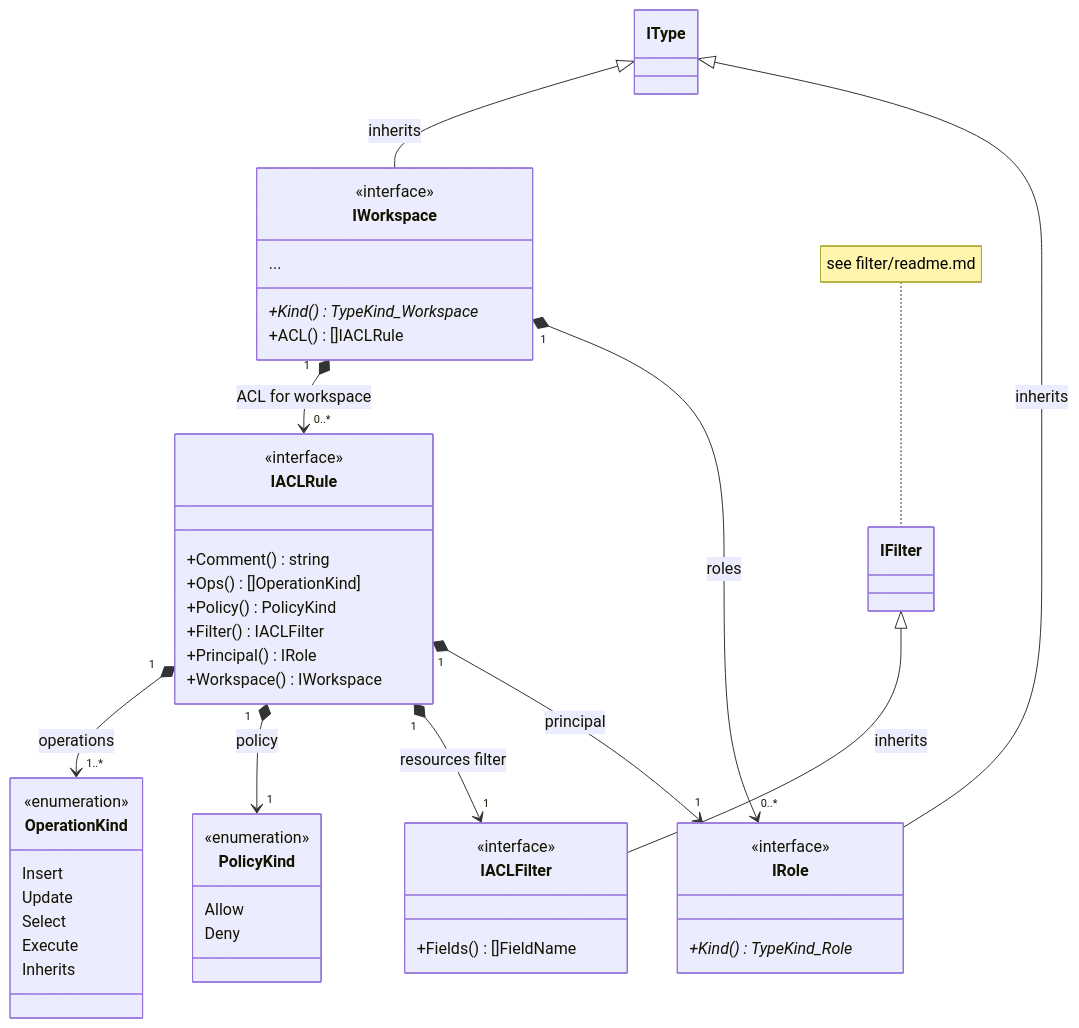
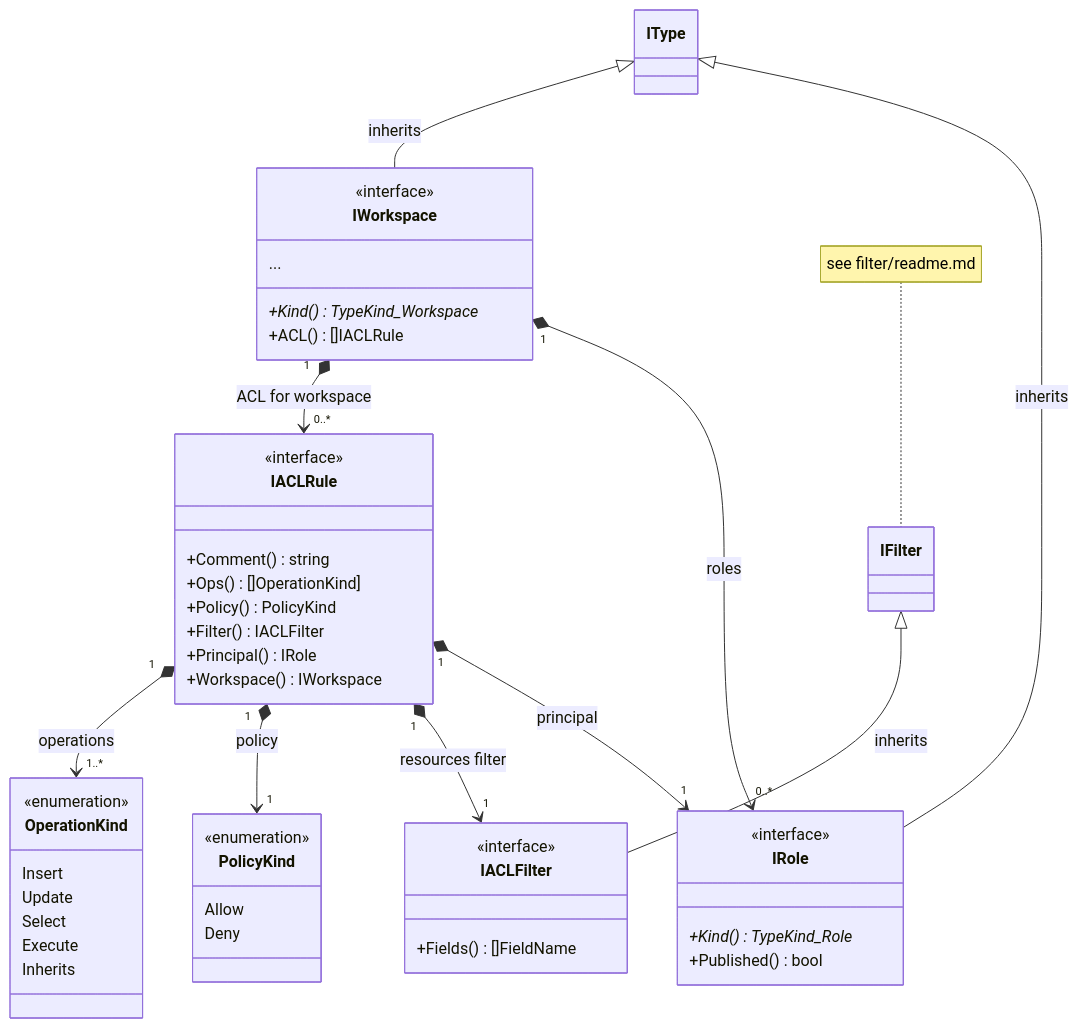
Before and after one commit to voedger/voedger: the ninth of 9 diagrams in pkg/appdef/README.md, drawn with Mermaid. The commit also changed other lines of this file and 6 other files, not shown here.

````diff
--- a/pkg/appdef/README.md
+++ b/pkg/appdef/README.md
@@ -661,61 +662,62 @@
 ```mermaid
     classDiagram
     IType <|-- IWorkspace : inherits
 
     class IWorkspace {
         <<interface>>
         +Kind()* TypeKind_Workspace
         ...
         +ACL() []IACLRule
     }
     IWorkspace "1" *--> "0..*" IACLRule : ACL for workspace
     IWorkspace "1" *--> "0..*" IRole : roles
 
     IType <|-- IRole : inherits
     class IRole {
         <<interface>>
         +Kind()* TypeKind_Role
+        +Published() bool
     }
 
     class IACLRule {
         <<interface>>
         +Comment() string
         +Ops() []OperationKind]
         +Policy() PolicyKind
         +Filter() IACLFilter
         +Principal() IRole
         +Workspace() IWorkspace
     }
 
     IACLRule "1" *--> "1..*" OperationKind : operations
     
     class OperationKind {
         <<enumeration>>
         Insert
         Update
         Select
         Execute
         Inherits
     }
 
     IACLRule "1" *--> "1" PolicyKind : policy
     
     class PolicyKind {
         <<enumeration>>
         Allow
         Deny
     }
 
     IACLRule "1" *--> "1" IACLFilter : resources filter
 
     class IACLFilter {
         <<interface>>
         +Fields()[]FieldName
     }
 
     IFilter <|-- IACLFilter : inherits
 
     note for IFilter "see filter/readme.md"
 
     IACLRule "1" *--> "1" IRole : principal
 ```
````
